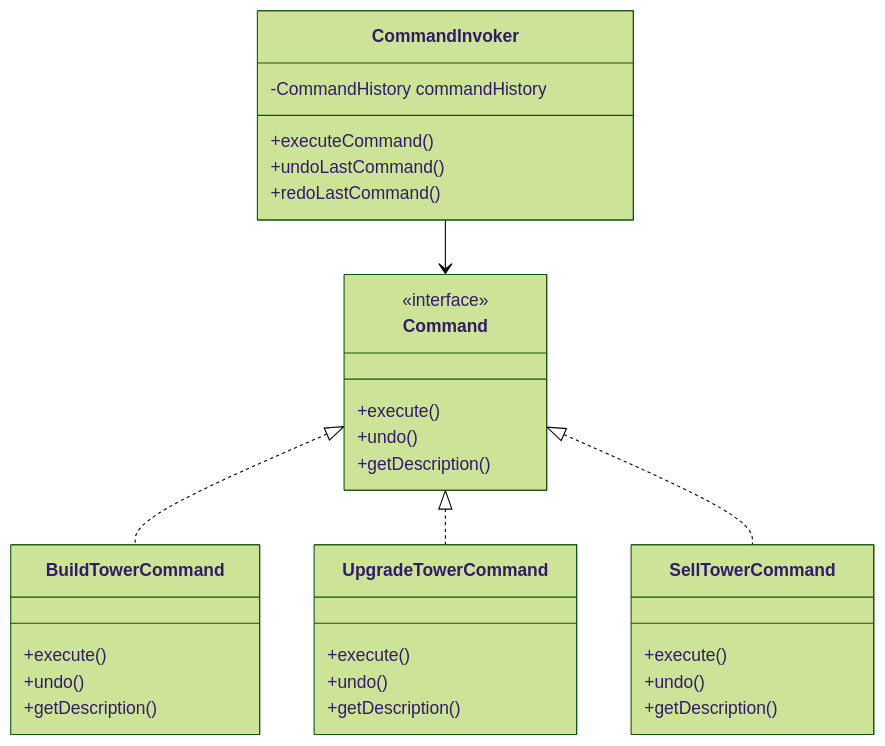
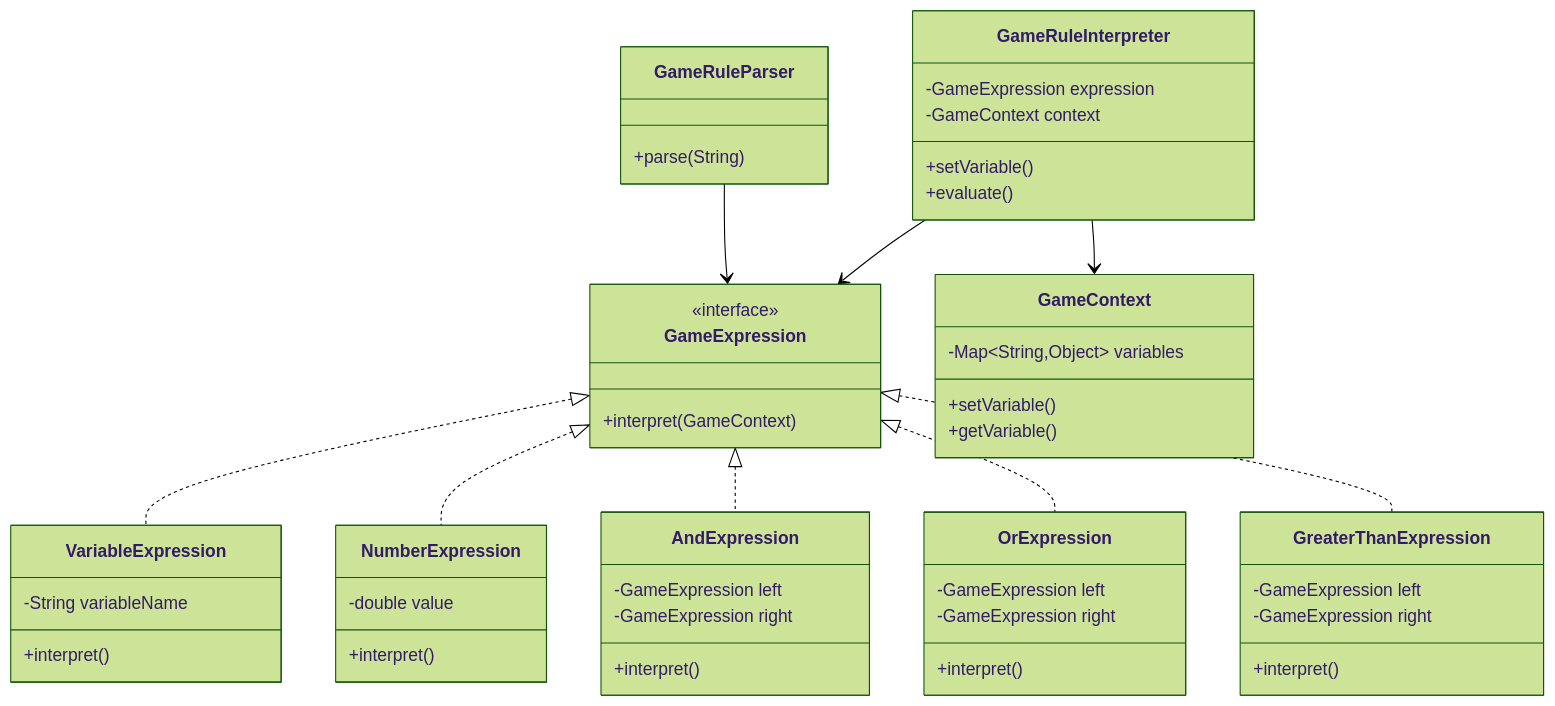
Diagram 12 of 12 in Refactoring_Report_CN.md (yu2486789817/CarrotFantasy), drawn with Mermaid (forest theme) before and after one commit. The commit also changed other lines of this file and 26 other files, not shown here.

````diff
--- a/Refactoring_Report_CN.md
+++ b/Refactoring_Report_CN.md
@@ -1082,39 +995,61 @@
 ```mermaid
 classDiagram
-    class Command {
+    class GameExpression {
         <<interface>>
-        +execute()
-        +undo()
-        +getDescription()
+        +interpret(GameContext)
     }
 
-    class BuildTowerCommand {
-        +execute()
-        +undo()
-        +getDescription()
+    class VariableExpression {
+        -String variableName
+        +interpret()
     }
 
-    class UpgradeTowerCommand {
-        +execute()
-        +undo()
-        +getDescription()
+    class NumberExpression {
+        -double value
+        +interpret()
     }
 
-    class SellTowerCommand {
-        +execute()
-        +undo()
-        +getDescription()
+    class AndExpression {
+        -GameExpression left
+        -GameExpression right
+        +interpret()
     }
 
-    class CommandInvoker {
-        -CommandHistory commandHistory
-        +executeCommand()
-        +undoLastCommand()
-        +redoLastCommand()
+    class OrExpression {
+        -GameExpression left
+        -GameExpression right
+        +interpret()
     }
 
-    Command <|.. BuildTowerCommand
-    Command <|.. UpgradeTowerCommand
-    Command <|.. SellTowerCommand
-    CommandInvoker --> Command
+    class GreaterThanExpression {
+        -GameExpression left
+        -GameExpression right
+        +interpret()
+    }
+
+    class GameContext {
+        -Map~String,Object~ variables
+        +setVariable()
+        +getVariable()
+    }
+
+    class GameRuleParser {
+        +parse(String)
+    }
+
+    class GameRuleInterpreter {
+        -GameExpression expression
+        -GameContext context
+        +setVariable()
+        +evaluate()
+    }
+
+    GameExpression <|.. VariableExpression
+    GameExpression <|.. NumberExpression
+    GameExpression <|.. AndExpression
+    GameExpression <|.. OrExpression
+    GameExpression <|.. GreaterThanExpression
+    GameRuleInterpreter --> GameExpression
+    GameRuleInterpreter --> GameContext
+    GameRuleParser --> GameExpression
 ```
````
